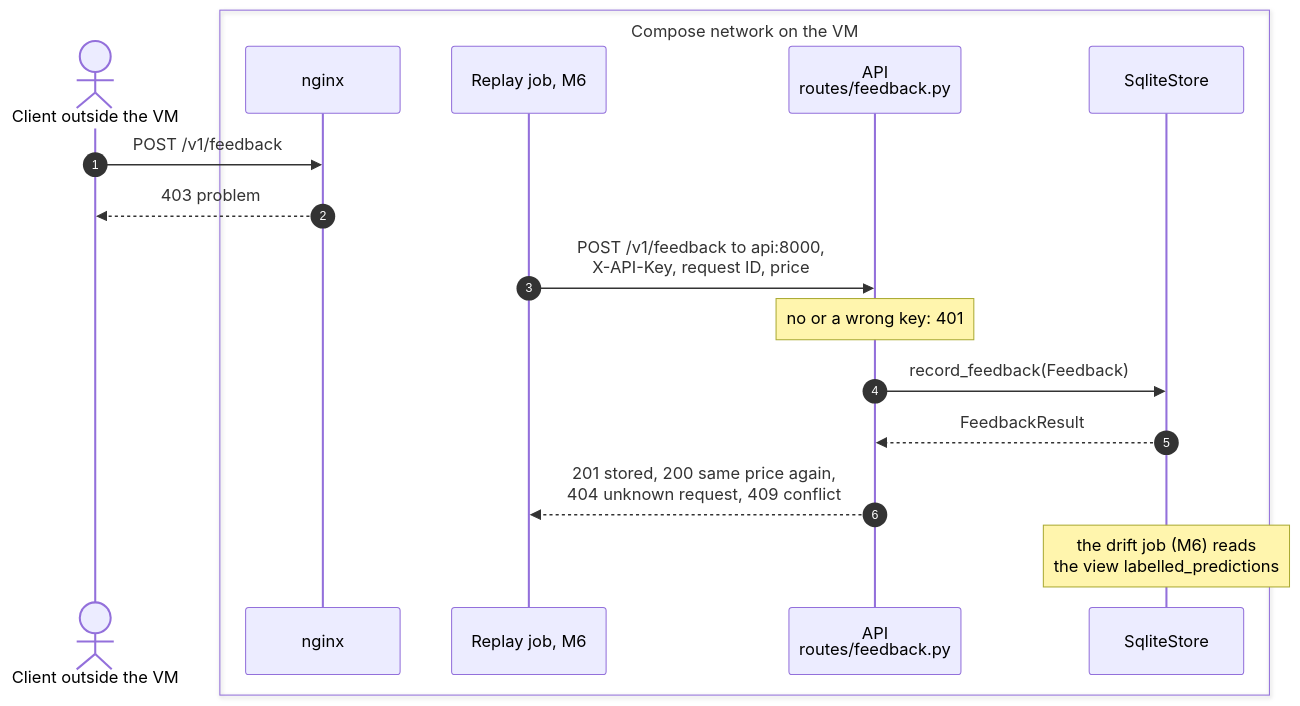
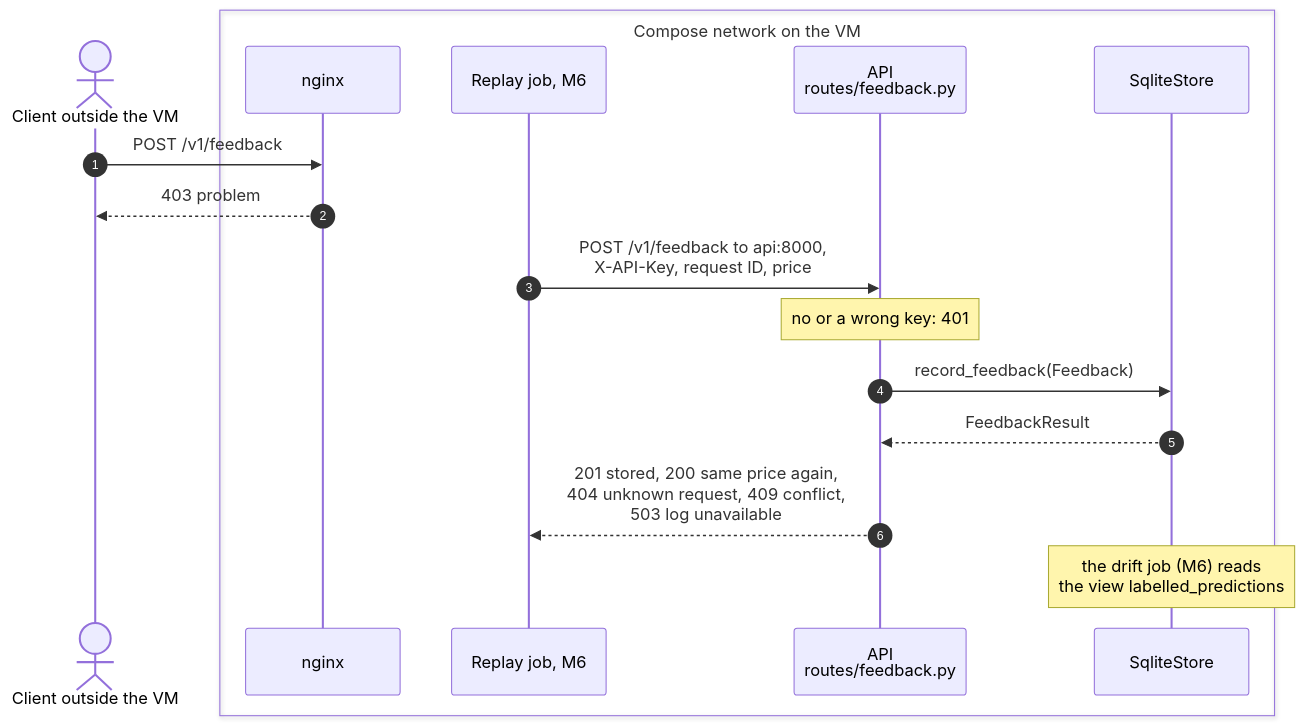
Before and after one commit to mlops-2627q1-mds-upc/MLOPS_Recommenditos: the seventh of 8 diagrams in docs/docs/architecture.md, drawn with Mermaid. The commit also changed other lines of this file, not shown here.

````diff
--- a/docs/docs/architecture.md
+++ b/docs/docs/architecture.md
@@ -344,20 +350,20 @@
 ```mermaid
 sequenceDiagram
     autonumber
     actor outsider as Client outside the VM
     box Compose network on the VM
         participant proxy as nginx
         participant replay as Replay job, M6
         participant api as API<br/>routes/feedback.py
         participant store as SqliteStore
     end
 
     outsider->>proxy: POST /v1/feedback
     proxy-->>outsider: 403 problem
     replay->>api: POST /v1/feedback to api:8000,<br/>X-API-Key, request ID, price
     Note over api: no or a wrong key: 401
     api->>store: record_feedback(Feedback)
     store-->>api: FeedbackResult
-    api-->>replay: 201 stored, 200 same price again,<br/>404 unknown request, 409 conflict
+    api-->>replay: 201 stored, 200 same price again,<br/>404 unknown request, 409 conflict,<br/>503 log unavailable
     Note over store: the drift job (M6) reads<br/>the view labelled_predictions
 ```
````
